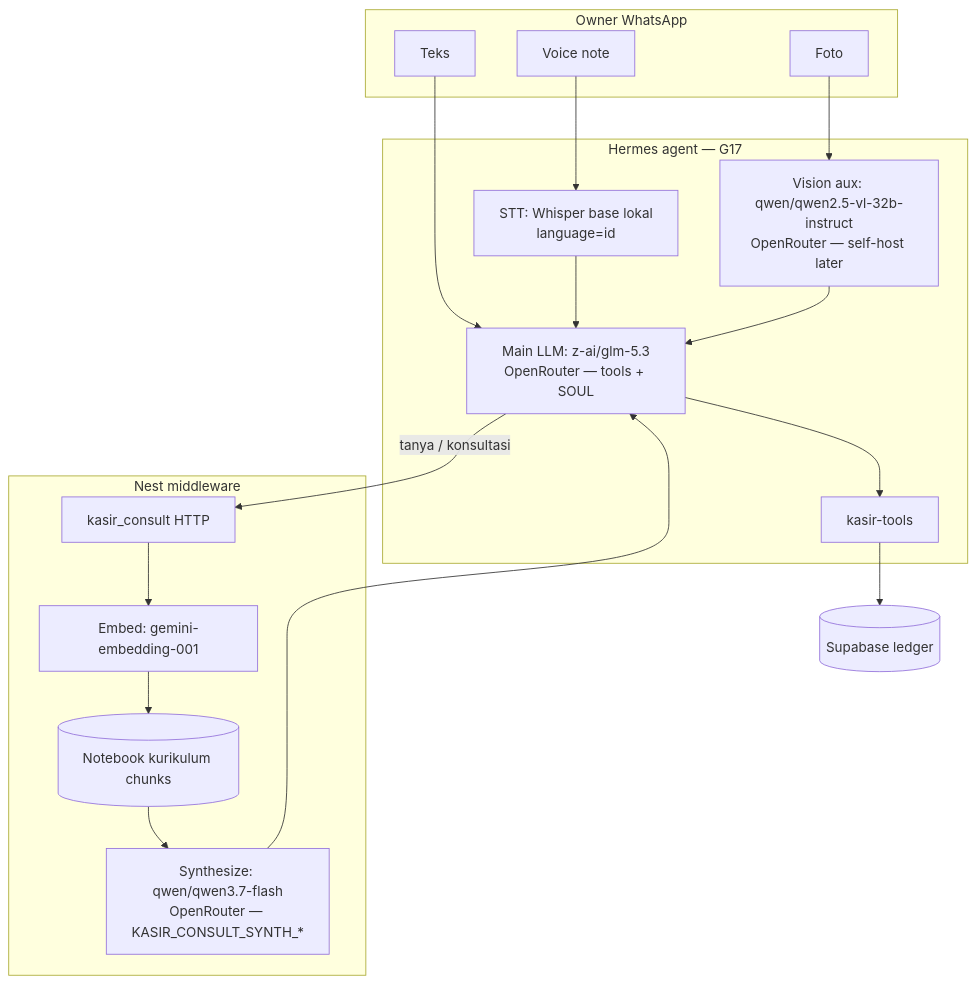
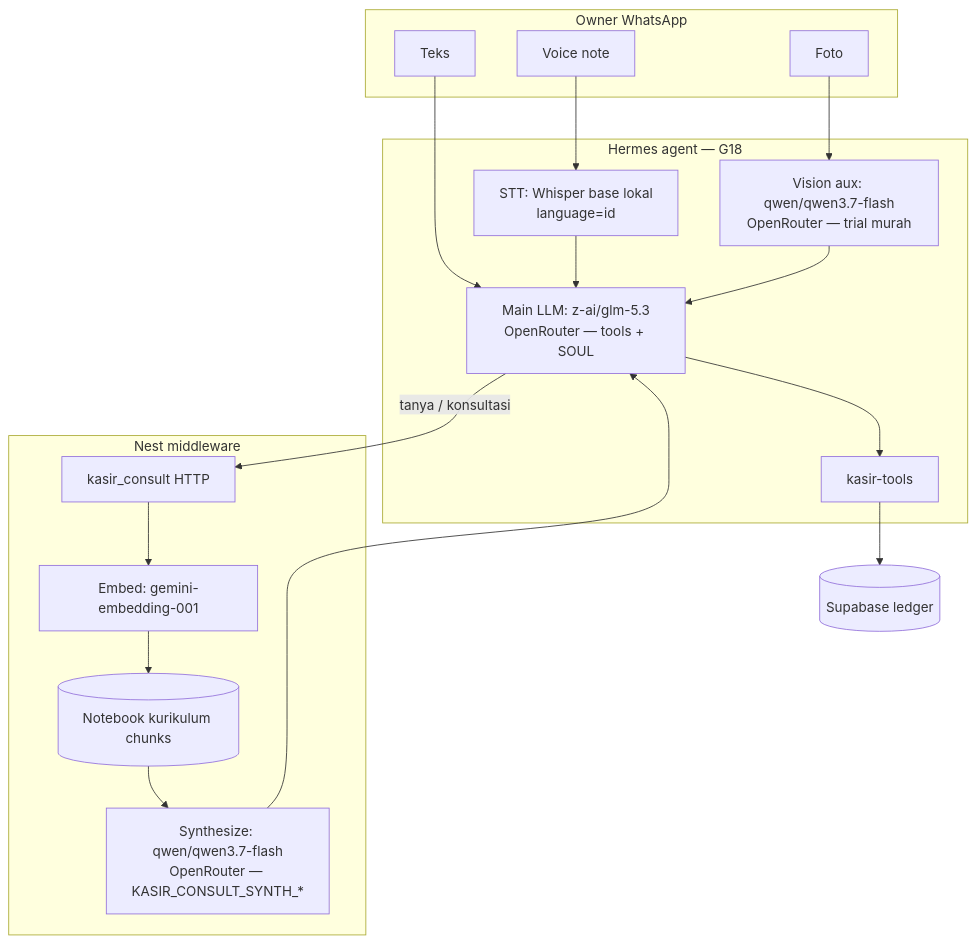
The diagram in diagrams/aistudio/umkm-wa/system/L10-model-stack.mmd (nusantarasoft/juragan-aibuilder-cup), drawn with Mermaid before and after one commit. The commit also changed 11 other files, not shown here.

First line of the commit message:
feat(kasir): trial Hermes vision on Qwen3.7 Flash

```diff
--- a/diagrams/aistudio/umkm-wa/system/L10-model-stack.mmd
+++ b/diagrams/aistudio/umkm-wa/system/L10-model-stack.mmd
@@ -1,32 +1,32 @@
 %% System L10: model stack — which LLM/STT does which job (eng/ops)
 %% Sales-facing flows stay on L0*; this chart is cost/lock reference
 flowchart TB
   subgraph WA[Owner WhatsApp]
     T[Teks]
     V[Voice note]
     P[Foto]
   end
 
-  subgraph Hermes[Hermes agent — G17]
+  subgraph Hermes[Hermes agent — G18]
     STT[STT: Whisper base lokal<br/>language=id]
-    VIS[Vision aux: qwen/qwen2.5-vl-32b-instruct<br/>OpenRouter — self-host later]
+    VIS[Vision aux: qwen/qwen3.7-flash<br/>OpenRouter — trial murah]
     MAIN[Main LLM: z-ai/glm-5.3<br/>OpenRouter — tools + SOUL]
     TOOLS[kasir-tools]
   end
 
   subgraph Nest[Nest middleware]
     CONS[kasir_consult HTTP]
     EMB[Embed: gemini-embedding-001]
     SYN[Synthesize: qwen/qwen3.7-flash<br/>OpenRouter — KASIR_CONSULT_SYNTH_*]
     NB[(Notebook kurikulum chunks)]
   end
 
   T --> MAIN
   V --> STT --> MAIN
   P --> VIS --> MAIN
   MAIN --> TOOLS
   MAIN -->|tanya / konsultasi| CONS
   CONS --> EMB --> NB
   NB --> SYN
   SYN --> MAIN
   TOOLS --> DB[(Supabase ledger)]
```
